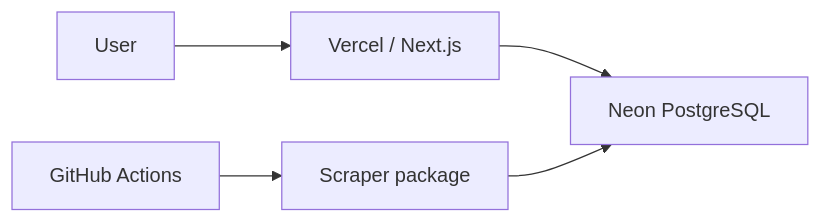
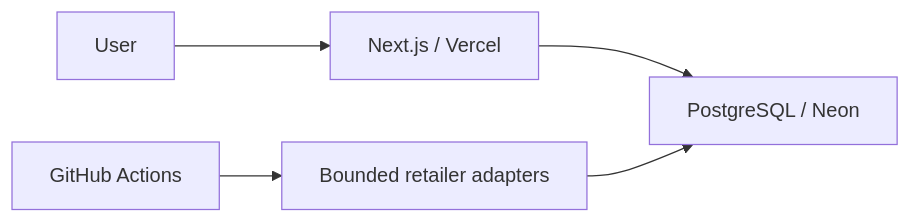
One commit to jeanpierre-jeri/comprafino changed the diagram in docs/architecture.md. Above: the diagram before and after it, drawn with Mermaid. The commit also changed other lines of this file and 93 other files, not shown here.

````diff
--- a/docs/architecture.md
+++ b/docs/architecture.md
@@ -5,7 +5,7 @@
 ```mermaid
 flowchart LR
-    User --> Web["Vercel / Next.js"]
-    Web --> DB["Neon PostgreSQL"]
-    Actions["GitHub Actions"] --> Scrapers["Scraper package"]
+    User --> Web["Next.js / Vercel"]
+    Web --> DB["PostgreSQL / Neon"]
+    Actions["GitHub Actions"] --> Scrapers["Bounded retailer adapters"]
     Scrapers --> DB
 ```
````
